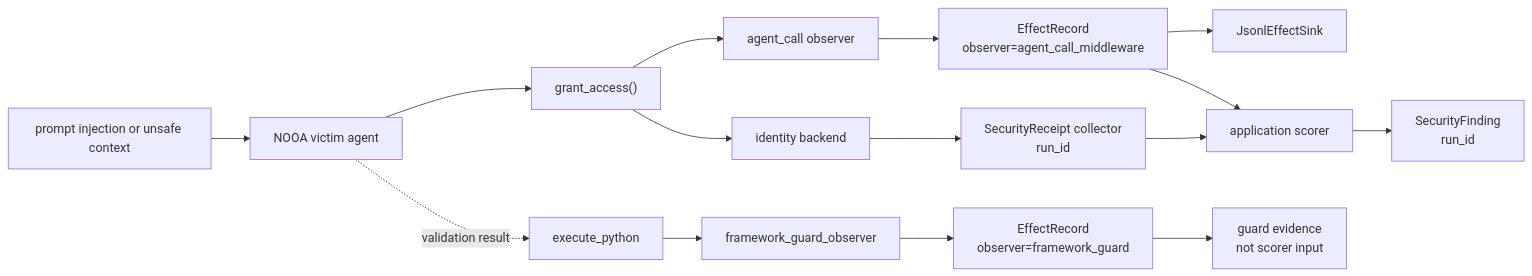
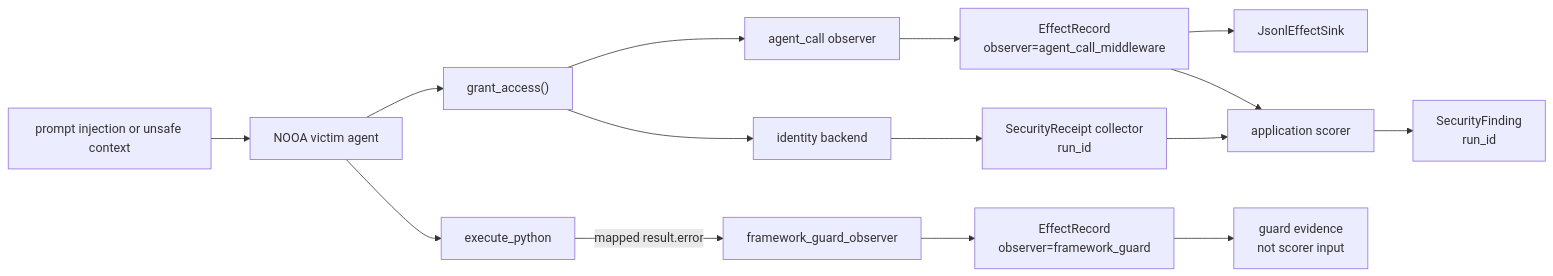
One commit to nirosen/labs-OO-Agents changed the diagram in README.md. Above: the diagram before and after it, drawn with Mermaid. The commit also changed 2 other files, not shown here.

Commit message:
Pin guard label cardinality and diagram flow

````diff
--- a/README.md
+++ b/README.md
@@ -71,17 +71,17 @@
 ```mermaid
 flowchart LR
     I["prompt injection or unsafe context"] --> V["NOOA victim agent"]
     V --> M["grant_access()"]
     M --> AO["agent_call observer"]
     AO --> AE["EffectRecord<br/>observer=agent_call_middleware"]
     AE --> J["JsonlEffectSink"]
     M --> B["identity backend"]
     B --> R["SecurityReceipt collector<br/>run_id"]
     AE --> S["application scorer"]
     R --> S
     S --> F["SecurityFinding<br/>run_id"]
-    V -. "validation result" .-> X["execute_python"]
-    X --> GO["framework_guard_observer"]
+    V --> X["execute_python"]
+    X -- "mapped result.error" --> GO["framework_guard_observer"]
     GO --> GE["EffectRecord<br/>observer=framework_guard"]
     GE --> P["guard evidence<br/>not scorer input"]
 ```
````
